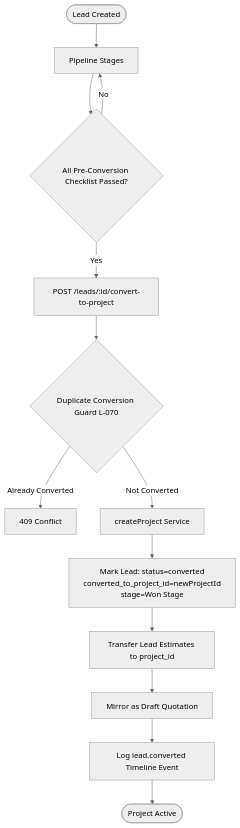
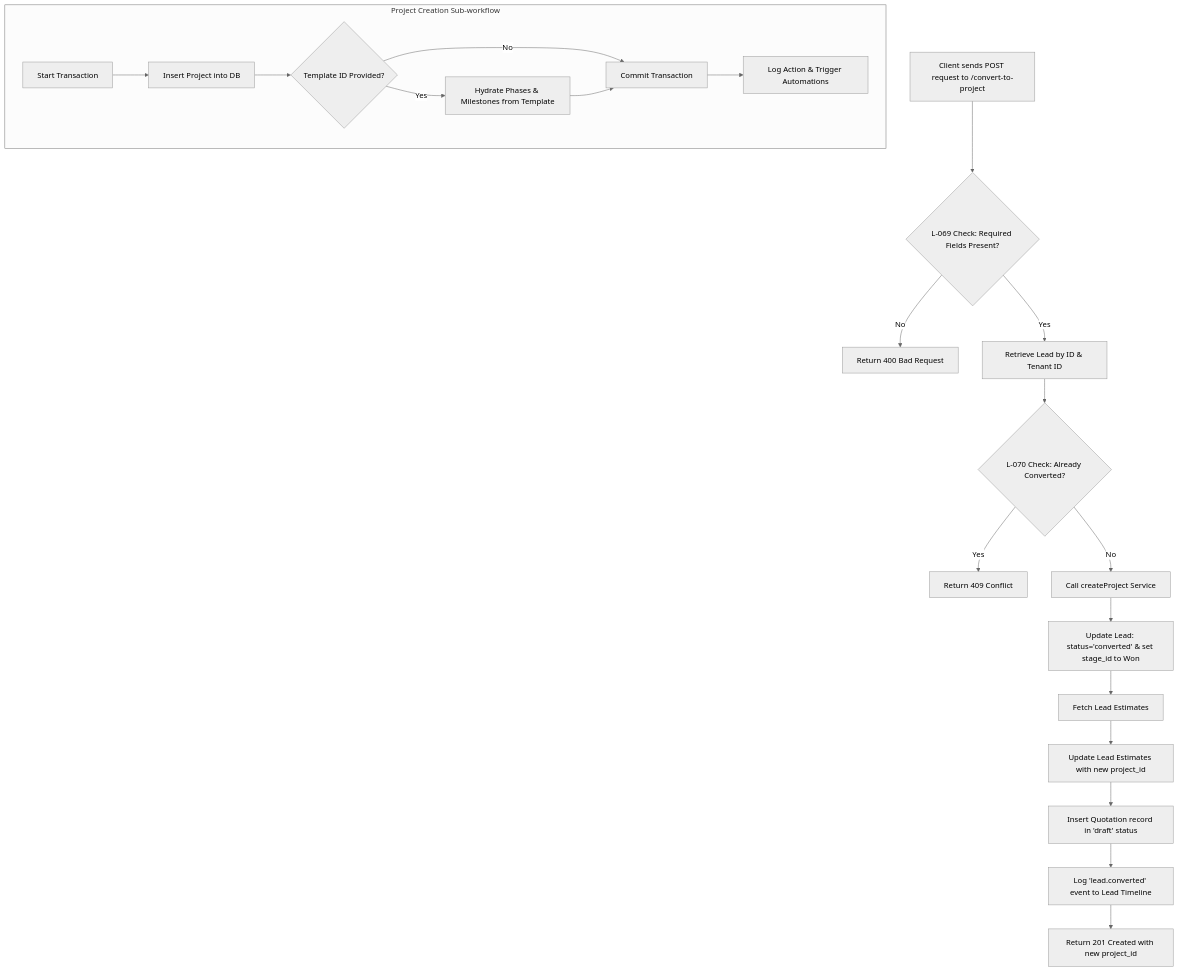
Before and after one commit to nvnkmr127/CRM-Interior-Construction: the second of 2 diagrams in docs/lead-project-relation.md, drawn with Mermaid (neutral theme). The commit also changed other lines of this file and 2 other files, not shown here.

Commit message:
feat: add Drawer component styles and documentation for lead-to-project conversion workflow

````diff
--- a/docs/lead-project-relation.md
+++ b/docs/lead-project-relation.md
@@ -134,15 +118,25 @@
 ```mermaid
 flowchart TD
-    A([Lead Created]) --> B[Pipeline Stages]
-    B --> C{All Pre-Conversion Checklist Passed?}
-    C -- No --> B
-    C -- Yes --> D[POST /leads/:id/convert-to-project]
-    D --> E{Duplicate Conversion Guard L-070}
-    E -- Already Converted --> F[409 Conflict]
-    E -- Not Converted --> G[createProject Service]
-    G --> H[Mark Lead: status=converted\nconverted_to_project_id=newProjectId\nstage=Won Stage]
-    H --> I[Transfer Lead Estimates to project_id]
-    I --> J[Mirror as Draft Quotation]
-    J --> K[Log lead.converted Timeline Event]
-    K --> L([Project Active])
+    A[Client sends POST request to /convert-to-project] --> B{L-069 Check: Required Fields Present?}
+    B -- No --> C[Return 400 Bad Request]
+    B -- Yes --> D[Retrieve Lead by ID & Tenant ID]
+    D --> E{L-070 Check: Already Converted?}
+    E -- Yes --> F[Return 409 Conflict]
+    E -- No --> G[Call createProject Service]
+    
+    subgraph createProject.js [Project Creation Sub-workflow]
+        G1[Start Transaction] --> G2[Insert Project into DB]
+        G2 --> G3{Template ID Provided?}
+        G3 -- Yes --> G4[Hydrate Phases & Milestones from Template]
+        G3 -- No --> G5[Commit Transaction]
+        G4 --> G5
+        G5 --> G6[Log Action & Trigger Automations]
+    end
+    
+    G --> H[Update Lead: status='converted' & set stage_id to Won]
+    H --> I[Fetch Lead Estimates]
+    I --> J[Update Lead Estimates with new project_id]
+    J --> K[Insert Quotation record in 'draft' status]
+    K --> L[Log 'lead.converted' event to Lead Timeline]
+    L --> M[Return 201 Created with new project_id]
 ```
````
